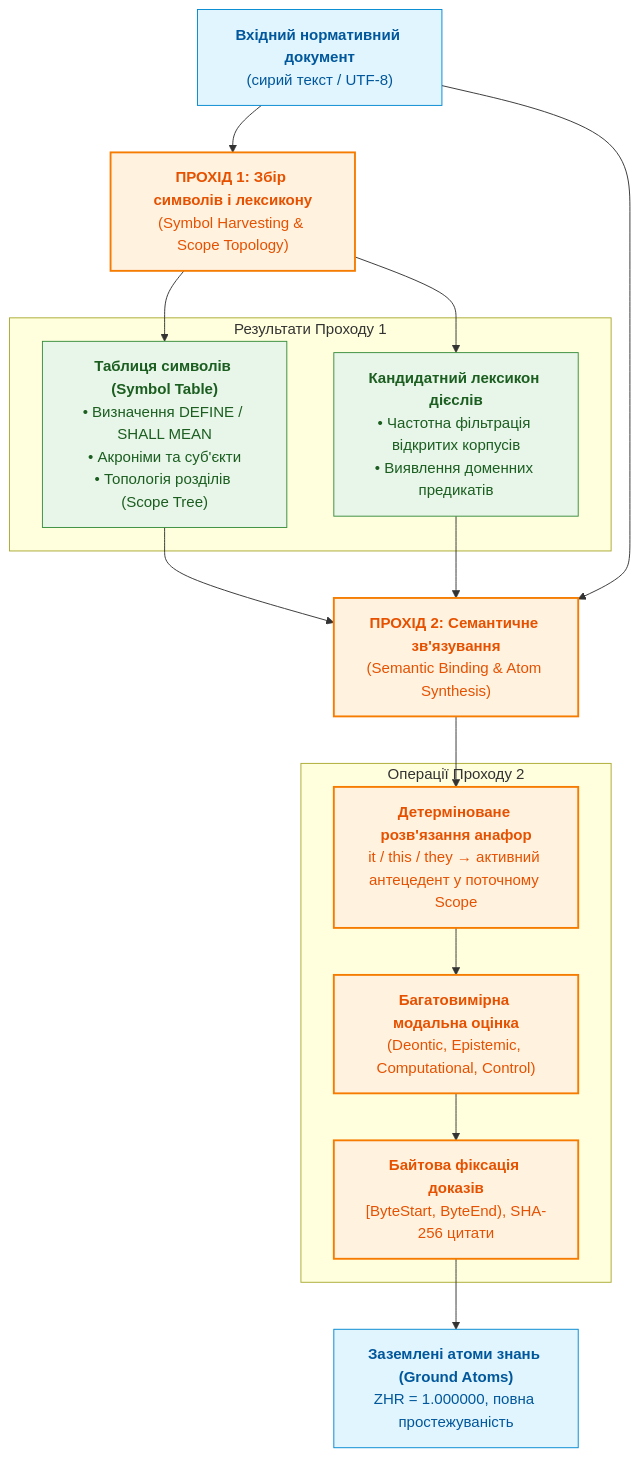
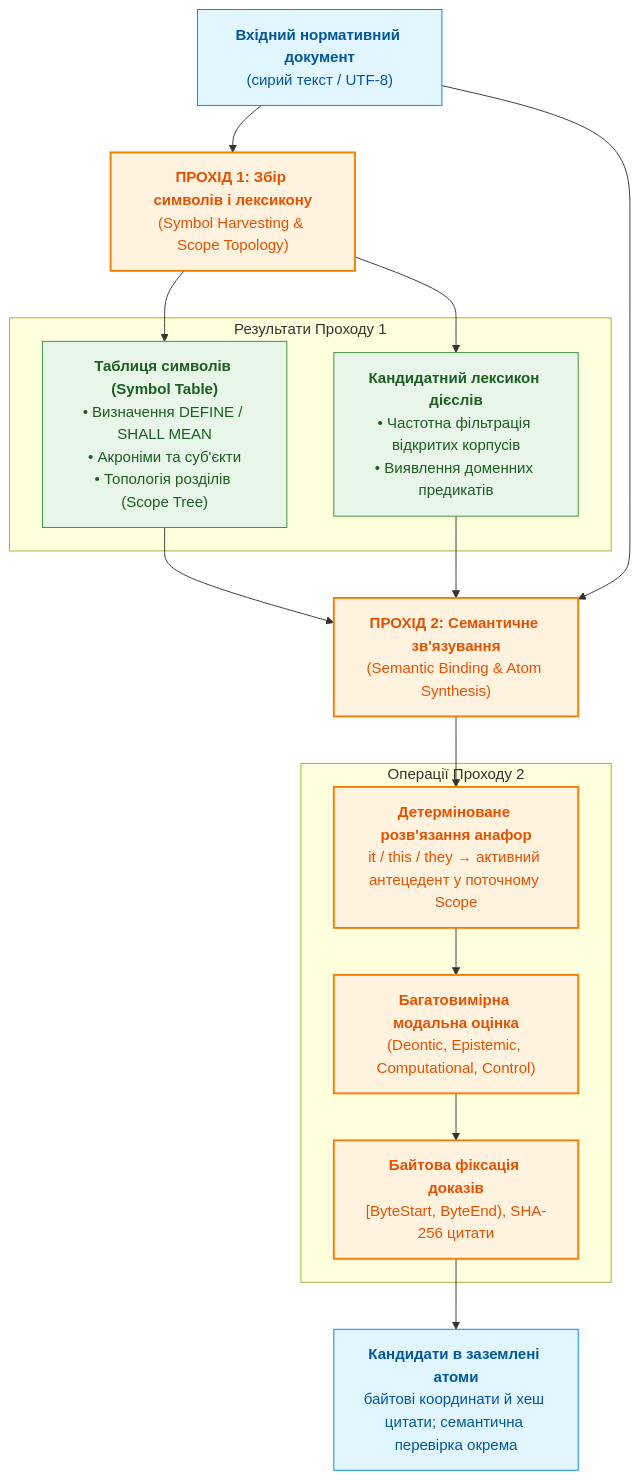
The third of 12 diagrams in ExpertSystem/ch15-knowledge-extraction-and-kb-construction.md (nick-fedchik/articles), drawn with Mermaid before and after one commit. The commit also changed other lines of this file and 193 other files, not shown here.

````diff
--- a/ExpertSystem/ch15-knowledge-extraction-and-kb-construction.md
+++ b/ExpertSystem/ch15-knowledge-extraction-and-kb-construction.md
@@ -404,32 +412,32 @@
 ```mermaid
 flowchart TD
     accTitle: Архітектура двопрохідного компілятора знань
     accDescr: Перший прохід збирає таблицю символів, топологію розділів і кандидатні дієслова; другий прохід виконує зв'язування анафор, детерміновану екстракцію та генерацію заземлених атомів.
 
     Doc["<b>Вхідний нормативний документ</b><br/>(сирий текст / UTF-8)"] --> P1["<b>ПРОХІД 1: Збір символів і лексикону</b><br/>(Symbol Harvesting & Scope Topology)"]
 
     subgraph Pass1["Результати Проходу 1"]
         ST["<b>Таблиця символів (Symbol Table)</b><br/>• Визначення DEFINE / SHALL MEAN<br/>• Акроніми та суб'єкти<br/>• Топологія розділів (Scope Tree)"]
         VH["<b>Кандидатний лексикон дієслів</b><br/>• Частотна фільтрація відкритих корпусів<br/>• Виявлення доменних предикатів"]
     end
 
     P1 --> ST & VH
 
     ST & VH & Doc --> P2["<b>ПРОХІД 2: Семантичне зв'язування</b><br/>(Semantic Binding & Atom Synthesis)"]
 
     subgraph Pass2["Операції Проходу 2"]
         AR["<b>Детерміноване розв'язання анафор</b><br/>it / this / they → активний антецедент у поточному Scope"]
         MG["<b>Багатовимірна модальна оцінка</b><br/>(Deontic, Epistemic, Computational, Control)"]
         EV["<b>Байтова фіксація доказів</b><br/>[ByteStart, ByteEnd), SHA-256 цитати"]
     end
 
     P2 --> AR --> MG --> EV
-    EV --> Output["<b>Заземлені атоми знань (Ground Atoms)</b><br/>ZHR = 1.000000, повна простежуваність"]
+    EV --> Output["<b>Кандидати в заземлені атоми</b><br/>байтові координати й хеш цитати; семантична перевірка окрема"]
 
     classDef d fill:#e1f5fe,stroke:#0288d1,stroke-width:1px,color:#01579b;
     classDef p fill:#fff3e0,stroke:#f57c00,stroke-width:2px,color:#e65100;
     classDef r fill:#e8f5e9,stroke:#388e3c,stroke-width:1px,color:#1b5e20;
     class Doc,Output d;
     class P1,P2,AR,MG,EV p;
     class ST,VH r;
 ```
````
